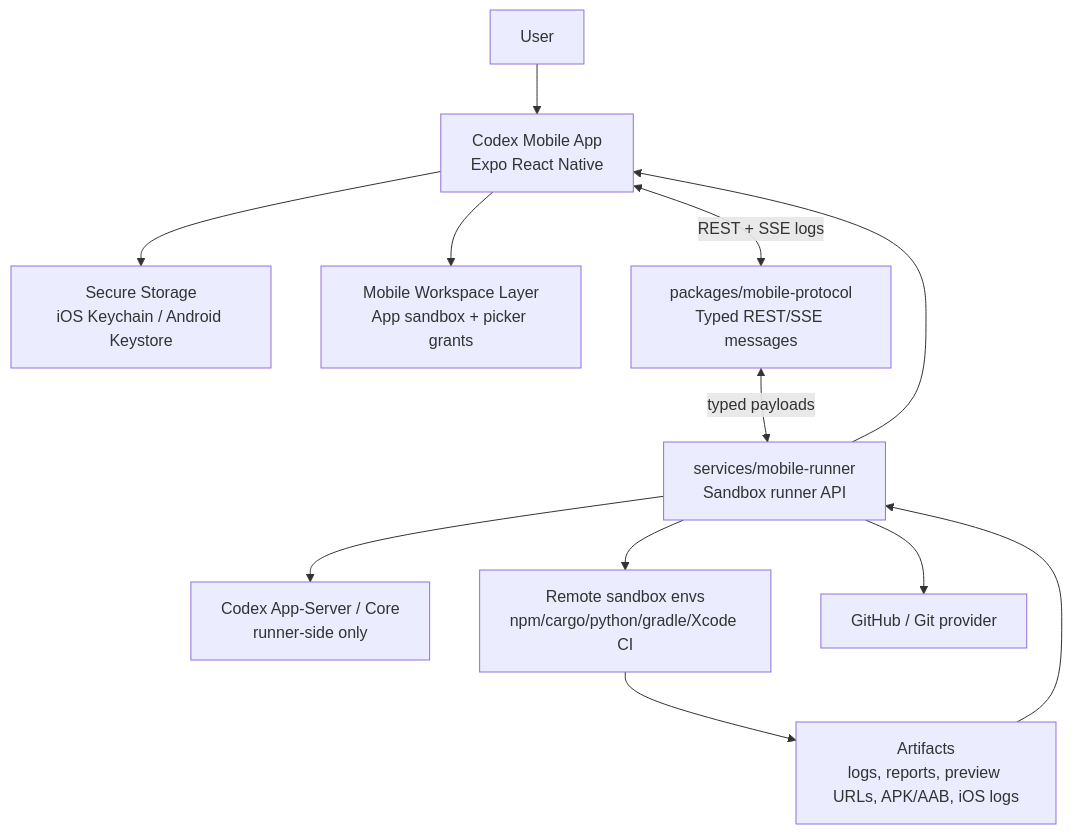
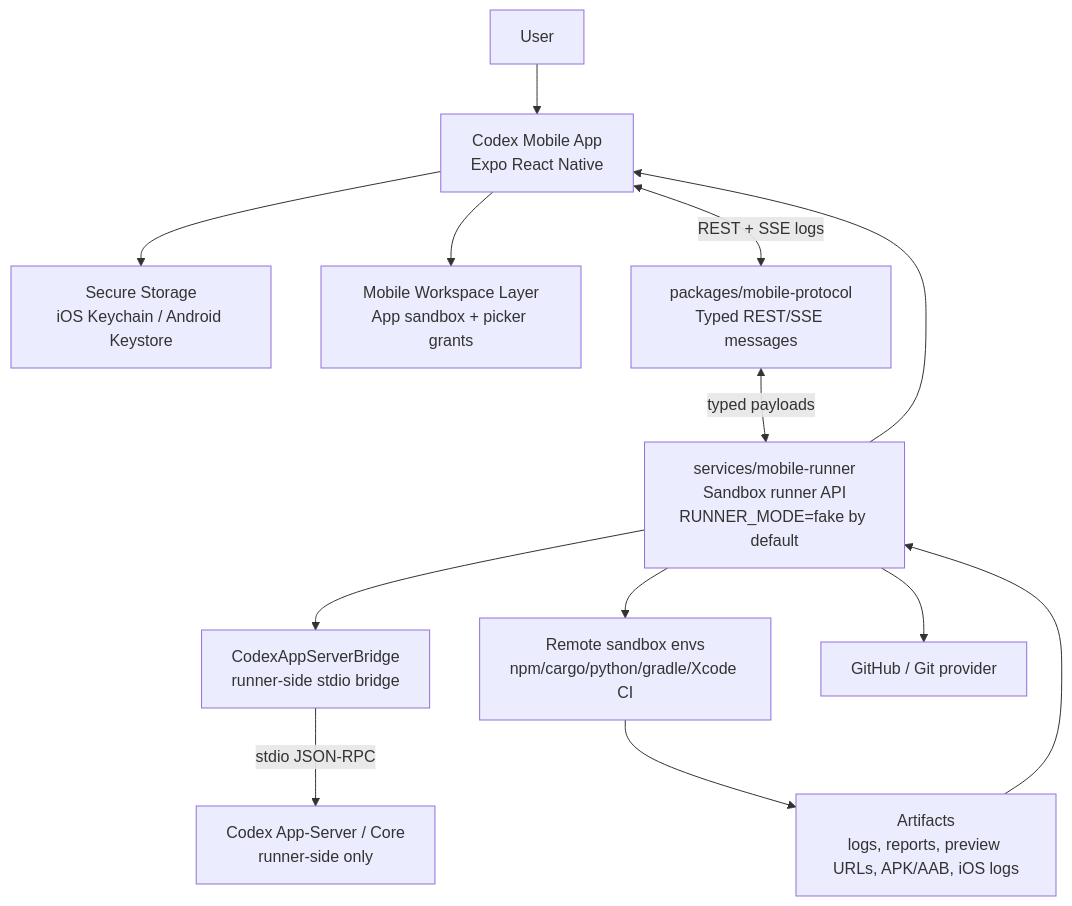
The diagram in docs/mobile/mobile-app-roadmap.md (marmar9615-cloud/codex), drawn with Mermaid before and after one commit. The commit also changed other lines of this file and 27 other files, not shown here.

Commit message:
Bridge mobile runner to Codex app-server

````diff
--- a/docs/mobile/mobile-app-roadmap.md
+++ b/docs/mobile/mobile-app-roadmap.md
@@ -55,25 +55,27 @@
 ```mermaid
 flowchart TB
     User["User"]
     Mobile["Codex Mobile App<br/>Expo React Native"]
     SecureStore["Secure Storage<br/>iOS Keychain / Android Keystore"]
     Workspace["Mobile Workspace Layer<br/>App sandbox + picker grants"]
     Protocol["packages/mobile-protocol<br/>Typed REST/SSE messages"]
-    Runner["services/mobile-runner<br/>Sandbox runner API"]
+    Runner["services/mobile-runner<br/>Sandbox runner API<br/>RUNNER_MODE=fake by default"]
+    Bridge["CodexAppServerBridge<br/>runner-side stdio bridge"]
     CodexHost["Codex App-Server / Core<br/>runner-side only"]
     Sandbox["Remote sandbox envs<br/>npm/cargo/python/gradle/Xcode CI"]
     GitHub["GitHub / Git provider"]
     Artifacts["Artifacts<br/>logs, reports, preview URLs, APK/AAB, iOS logs"]
 
     User --> Mobile
     Mobile --> SecureStore
     Mobile --> Workspace
     Mobile <-->|REST + SSE logs| Protocol
     Protocol <-->|typed payloads| Runner
-    Runner --> CodexHost
+    Runner --> Bridge
+    Bridge -->|stdio JSON-RPC| CodexHost
     Runner --> Sandbox
     Runner --> GitHub
     Sandbox --> Artifacts
     Artifacts --> Runner
     Runner --> Mobile
 ```
````
